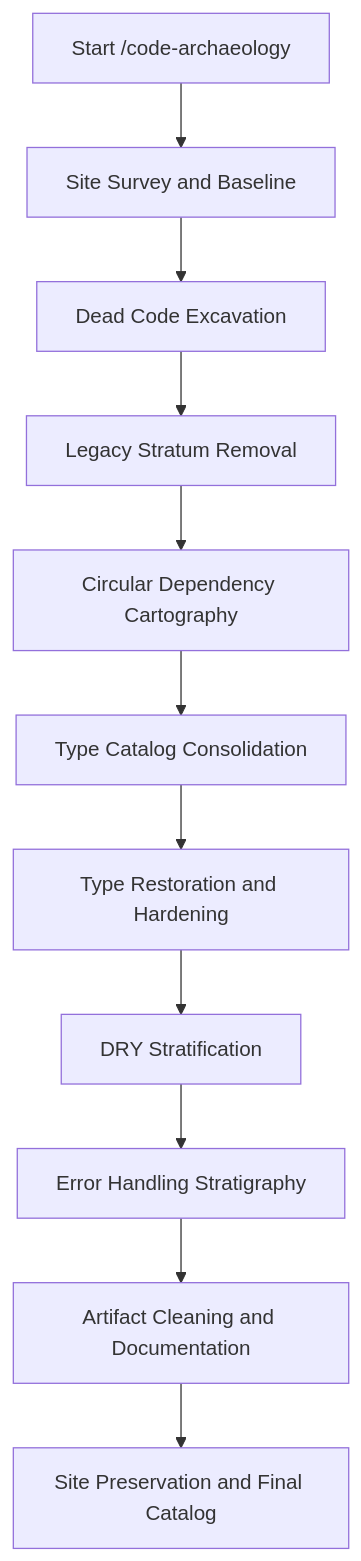
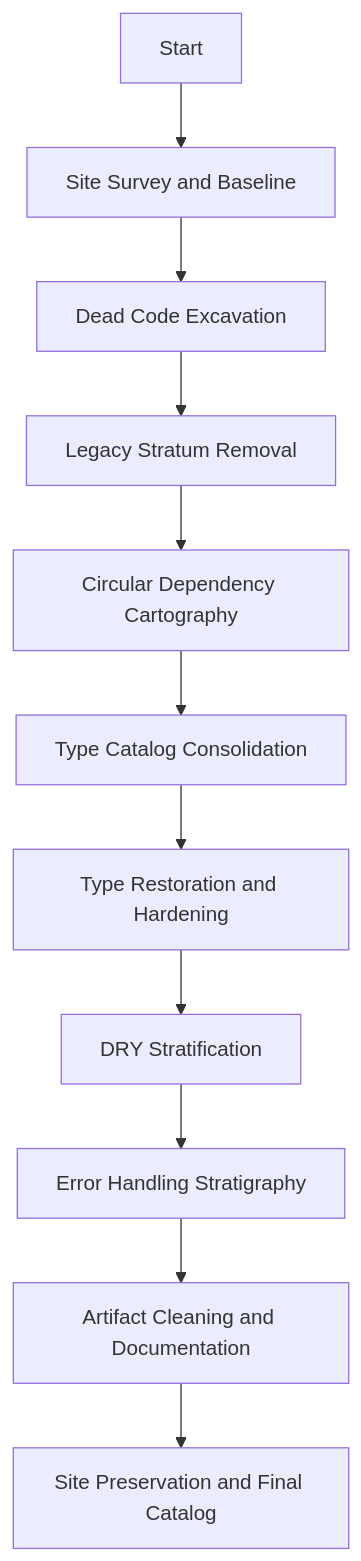
Before and after one commit to Maleick/Code-Archaeology: the first of 2 diagrams in README.md, drawn with Mermaid. The commit also changed other lines of this file and 6 other files, not shown here.

````diff
--- a/README.md
+++ b/README.md
@@ -106,13 +147,13 @@
 ```mermaid
 flowchart TD
-  A[Start /code-archaeology] --> B[Site Survey and Baseline]
+  A[Start] --> B[Site Survey and Baseline]
   B --> C[Dead Code Excavation]
   C --> D[Legacy Stratum Removal]
   D --> E[Circular Dependency Cartography]
   E --> F[Type Catalog Consolidation]
   F --> G[Type Restoration and Hardening]
   G --> H[DRY Stratification]
   H --> I[Error Handling Stratigraphy]
   I --> J[Artifact Cleaning and Documentation]
   J --> K[Site Preservation and Final Catalog]
 ```
````
